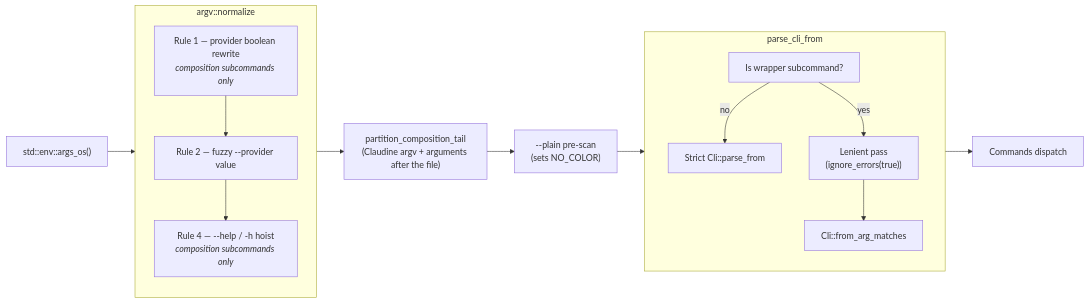
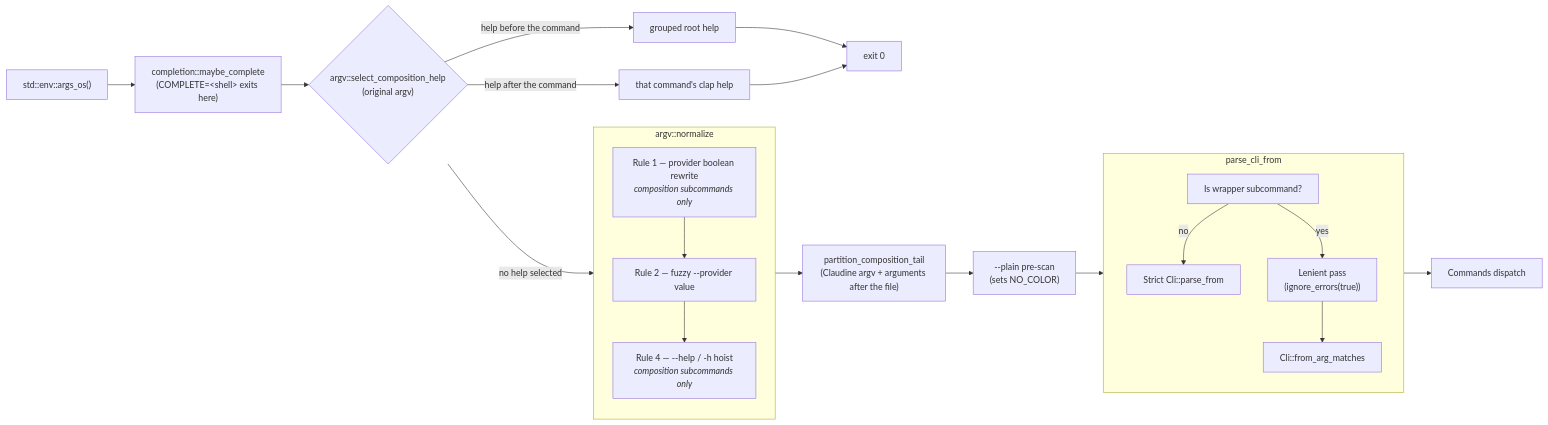
Before and after one commit to yankeeinlondon/rusty-biscuit: the diagram in claudine/docs/topics/cli-pre-parsing.md, drawn with Mermaid. The commit also changed other lines of this file and 5 other files, not shown here.

First line of the commit message:
docs(claudine): document composition command help

````diff
--- a/claudine/docs/topics/cli-pre-parsing.md
+++ b/claudine/docs/topics/cli-pre-parsing.md
@@ -23,24 +23,30 @@
 ```mermaid
 flowchart LR
-    A["std::env::args_os()"] --> B["argv::normalize"]
+    A["std::env::args_os()"] --> CI["completion::maybe_complete<br/>(COMPLETE=&lt;shell&gt; exits here)"]
+    CI --> H{"argv::select_composition_help<br/>(original argv)"}
+    H -- "help before the command" --> HR["grouped root help"]
+    H -- "help after the command" --> HC["that command's clap help"]
+    HR --> X["exit 0"]
+    HC --> X
+    H -- "no help selected" --> B["argv::normalize"]
     subgraph B["argv::normalize"]
         direction TB
         R1["Rule 1 — provider boolean rewrite<br/><i>composition subcommands only</i>"]
         R2["Rule 2 — fuzzy --provider value"]
         R4["Rule 4 — --help / -h hoist<br/><i>composition subcommands only</i>"]
         R1 --> R2 --> R4
     end
     B --> PP["partition_composition_tail<br/>(Claudine argv + arguments after the file)"]
     PP --> C["--plain pre-scan<br/>(sets NO_COLOR)"]
     C --> D["parse_cli_from"]
     subgraph D["parse_cli_from"]
         direction TB
         D1["Is wrapper subcommand?"]
         D2["Strict Cli::parse_from"]
         D3["Lenient pass<br/>(ignore_errors(true))"]
         D4["Cli::from_arg_matches"]
         D1 -- "no" --> D2
         D1 -- "yes" --> D3 --> D4
     end
     D --> E["Commands dispatch"]
 ```
````
